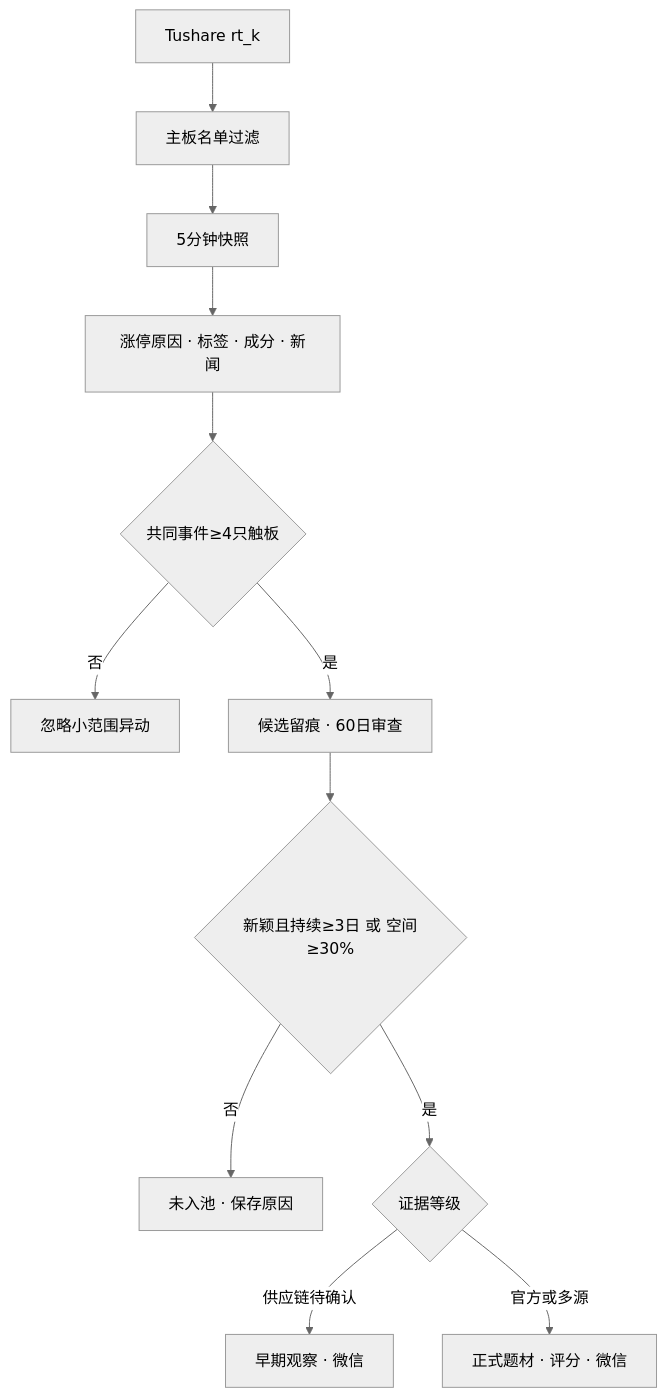
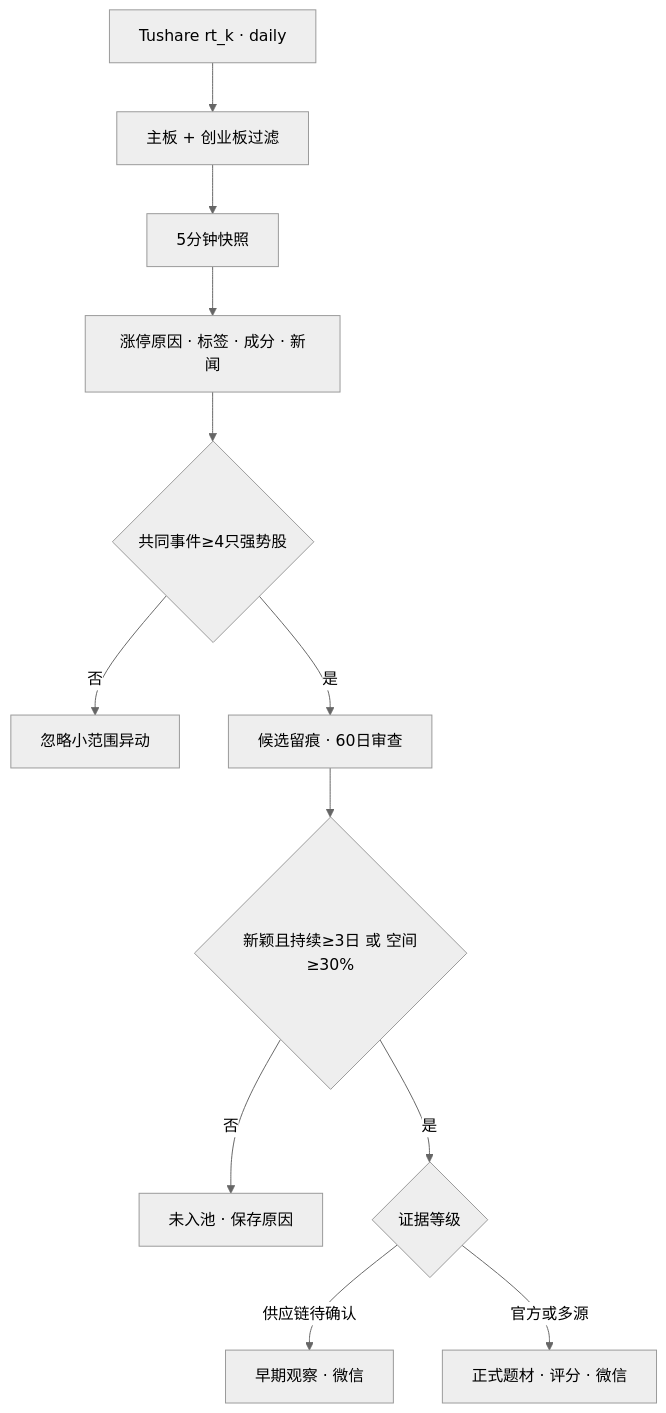
Before and after one commit to Chris958/stocktopic: the diagram in README.md, drawn with Mermaid (neutral theme). The commit also changed other lines of this file and 20 other files, not shown here.

````diff
--- a/README.md
+++ b/README.md
@@ -32,14 +32,14 @@
 ```mermaid
 flowchart TD
-    A["Tushare rt_k"] --> B["主板名单过滤"]
+    A["Tushare rt_k · daily"] --> B["主板 + 创业板过滤"]
     B --> C["5分钟快照"]
     C --> D["涨停原因 · 标签 · 成分 · 新闻"]
-    D --> E{"共同事件≥4只触板"}
+    D --> E{"共同事件≥4只强势股"}
     E -->|否| F["忽略小范围异动"]
     E -->|是| G["候选留痕 · 60日审查"]
     G --> H{"新颖且持续≥3日 或 空间≥30%"}
     H -->|否| I["未入池 · 保存原因"]
     H -->|是| J{"证据等级"}
     J -->|供应链待确认| K["早期观察 · 微信"]
     J -->|官方或多源| L["正式题材 · 评分 · 微信"]
 ```
````
